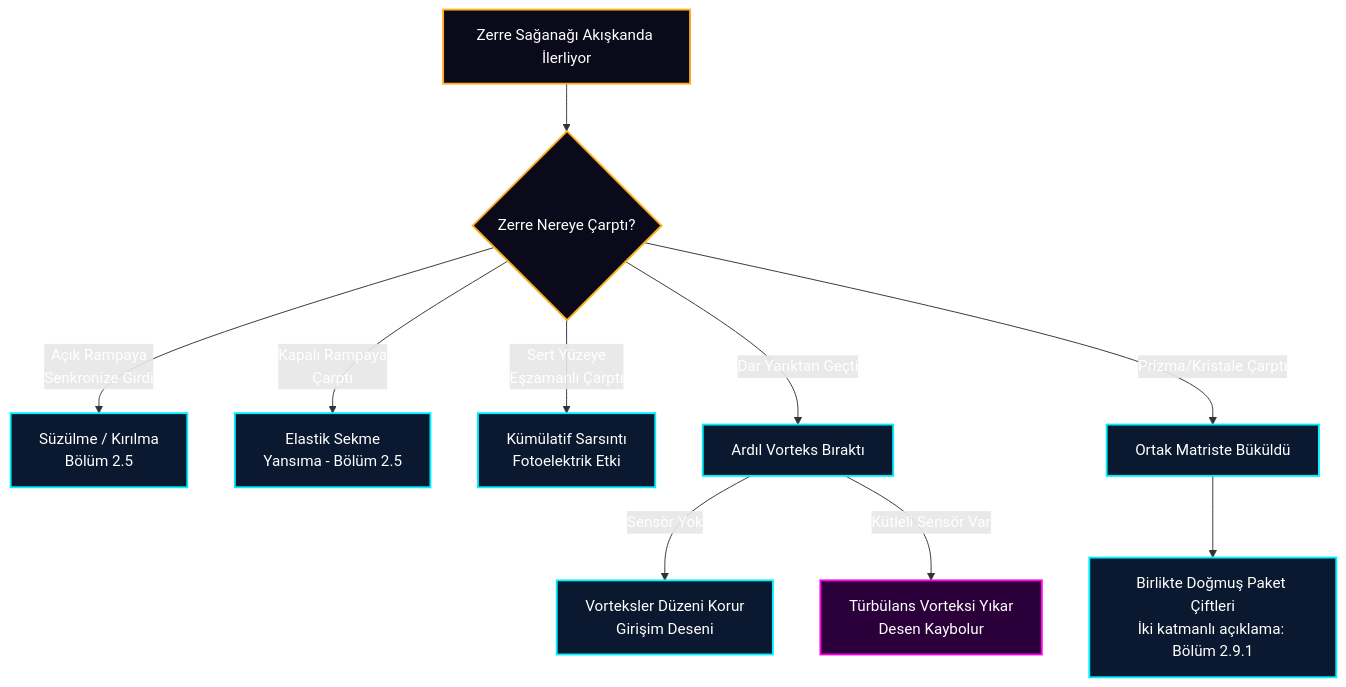
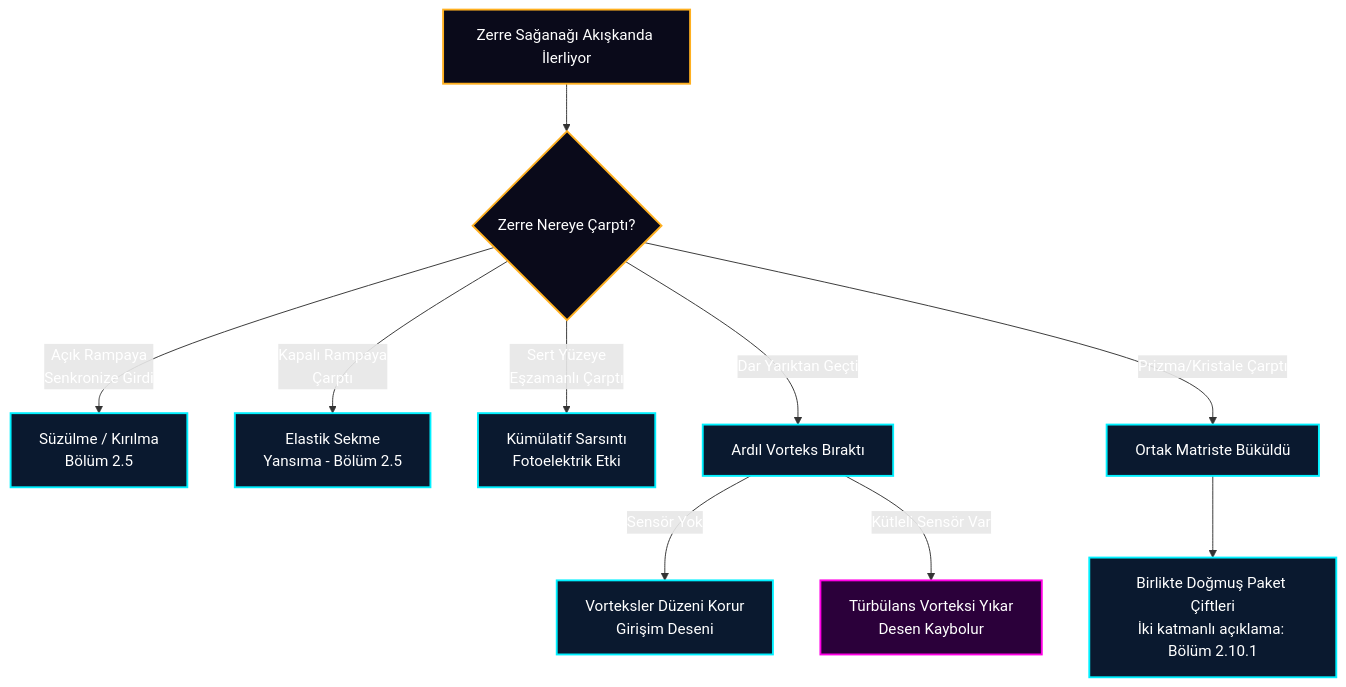
Before and after one commit to burhanguler-collab/evrenaky: the diagram in Metin/Akademik/Kisim_2_Mikro_Evren/10_Kuantum_Anomalileri.md, drawn with Mermaid. The commit also changed 34 other files, not shown here.

````diff
--- a/Metin/Akademik/Kisim_2_Mikro_Evren/10_Kuantum_Anomalileri.md
+++ b/Metin/Akademik/Kisim_2_Mikro_Evren/10_Kuantum_Anomalileri.md
@@ -42,24 +42,24 @@
 ```mermaid
 graph TD
     A[Zerre Sağanağı Akışkanda İlerliyor] --> B{Zerre Nereye Çarptı?}
     
     B -->|Açık Rampaya<br>Senkronize Girdi| C[Süzülme / Kırılma<br>Bölüm 2.5]
     B -->|Kapalı Rampaya<br>Çarptı| D[Elastik Sekme<br>Yansıma - Bölüm 2.5]
     B -->|Sert Yüzeye<br>Eşzamanlı Çarptı| E[Kümülatif Sarsıntı<br>Fotoelektrik Etki]
     
     B -->|Dar Yarıktan Geçti| F[Ardıl Vorteks Bıraktı]
     F -->|Sensör Yok| G[Vorteksler Düzeni Korur<br>Girişim Deseni]
     F -->|Kütleli Sensör Var| H[Türbülans Vorteksi Yıkar<br>Desen Kaybolur]
     
     B -->|Prizma/Kristale Çarptı| I[Ortak Matriste Büküldü]
-    I --> J[Birlikte Doğmuş Paket Çiftleri<br>İki katmanlı açıklama: Bölüm 2.9.1]
+    I --> J[Birlikte Doğmuş Paket Çiftleri<br>İki katmanlı açıklama: Bölüm 2.10.1]
     
     classDef anomaly fill:#2b003a,stroke:#ff00e5,stroke-width:2px,color:#fff;
     classDef mekanik fill:#0a192f,stroke:#00f0ff,stroke-width:2px,color:#fff;
     classDef root fill:#0a0a1a,stroke:#ffb020,stroke-width:2px,color:#fff;
     
     class A root;
     class B root;
     class C,D,E,F,G,I,J mekanik;
     class H anomaly;
 ```
````
